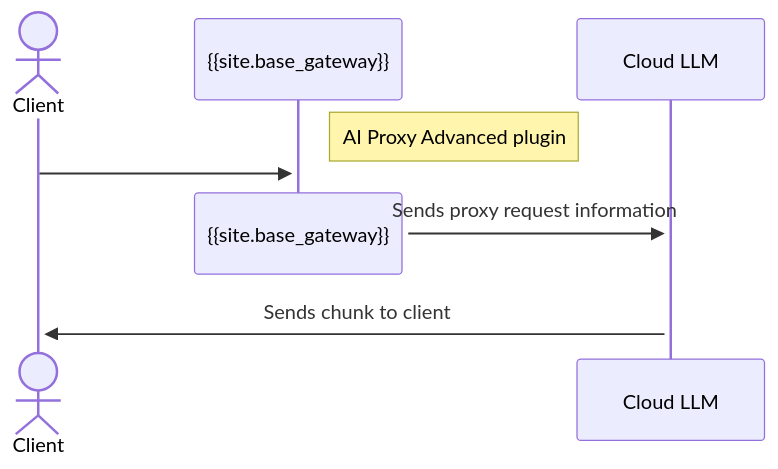
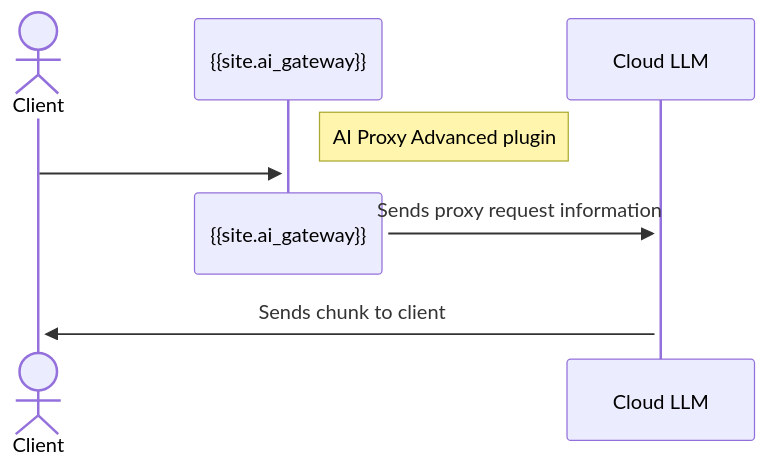
Before and after one commit to Kong/developer.konghq.com: the first of 2 diagrams in app/ai-gateway/streaming.md, drawn with Mermaid. The commit also changed other lines of this file, not shown here.

```diff
--- a/app/ai-gateway/streaming.md
+++ b/app/ai-gateway/streaming.md
@@ -67,10 +67,10 @@
 {% mermaid %}
 sequenceDiagram
   actor Client
-  participant {{site.base_gateway}}
-  Note right of {{site.base_gateway}}: AI Proxy Advanced plugin
-  Client->>+{{site.base_gateway}}:
-  destroy {{site.base_gateway}}
-  {{site.base_gateway}}->>+Cloud LLM: Sends proxy request information
+  participant {{site.ai_gateway}}
+  Note right of {{site.ai_gateway}}: AI Proxy Advanced plugin
+  Client->>+{{site.ai_gateway}}:
+  destroy {{site.ai_gateway}}
+  {{site.ai_gateway}}->>+Cloud LLM: Sends proxy request information
   Cloud LLM->>+Client: Sends chunk to client
 {% endmermaid %}
```
